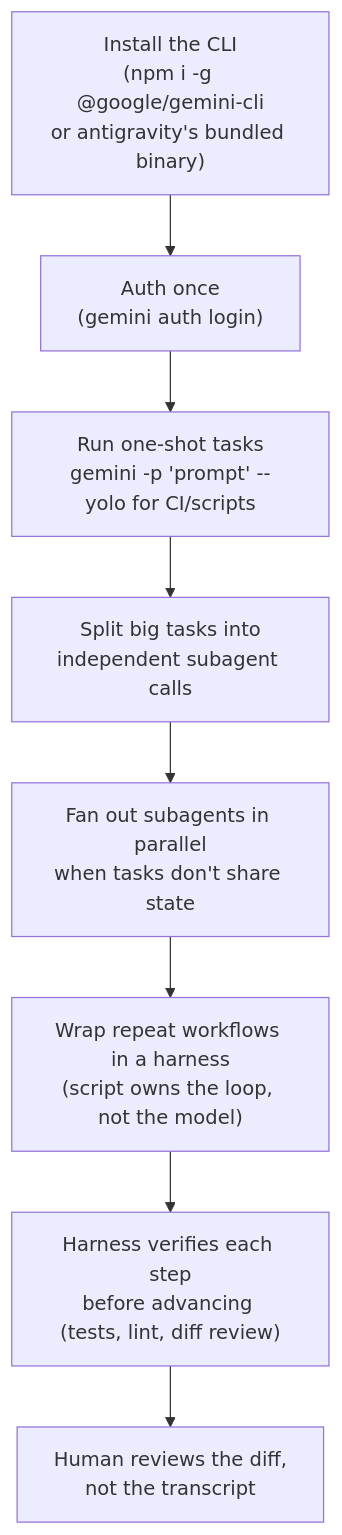
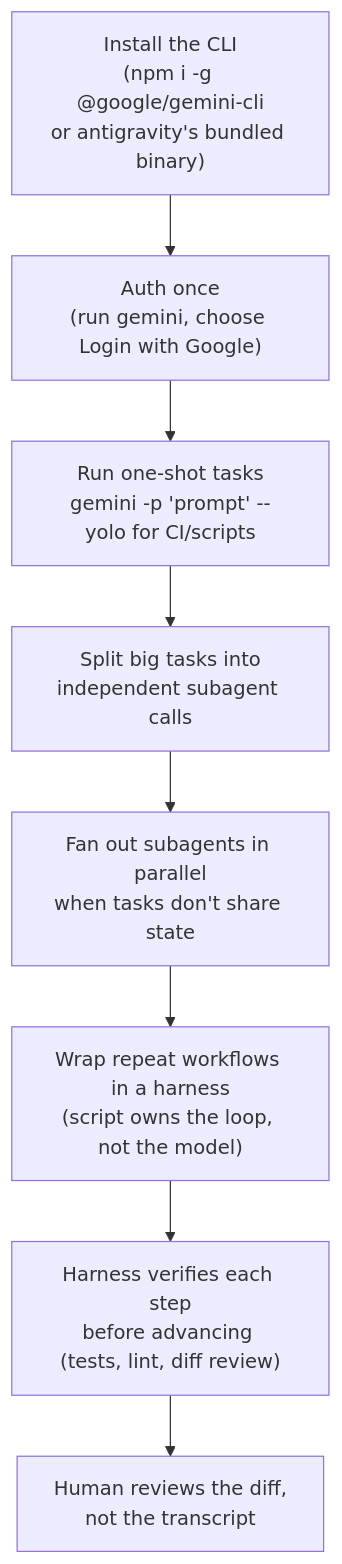
One commit to diegobarrosaraya/diegobarrosaraya-homepage changed the diagram in src/content/notes/antigravity-cli-subagents-and-dev-harnesses.md. Above: the diagram before and after it, drawn with Mermaid. The commit also changed other lines of this file and 14 other files, not shown here.

````diff
--- a/src/content/notes/antigravity-cli-subagents-and-dev-harnesses.md
+++ b/src/content/notes/antigravity-cli-subagents-and-dev-harnesses.md
@@ -19,10 +18,10 @@
 ```mermaid
 flowchart TD
-    A["Install the CLI\n(npm i -g @google/gemini-cli\nor antigravity's bundled binary)"] --> B["Auth once\n(gemini auth login)"]
+    A["Install the CLI\n(npm i -g @google/gemini-cli\nor antigravity's bundled binary)"] --> B["Auth once\n(run gemini, choose Login with Google)"]
     B --> C["Run one-shot tasks\ngemini -p 'prompt' --yolo for CI/scripts"]
     C --> D["Split big tasks into\nindependent subagent calls"]
     D --> E["Fan out subagents in parallel\nwhen tasks don't share state"]
     E --> F["Wrap repeat workflows in a harness\n(script owns the loop, not the model)"]
     F --> G["Harness verifies each step\nbefore advancing (tests, lint, diff review)"]
     G --> H["Human reviews the diff,\nnot the transcript"]
 ```
````
